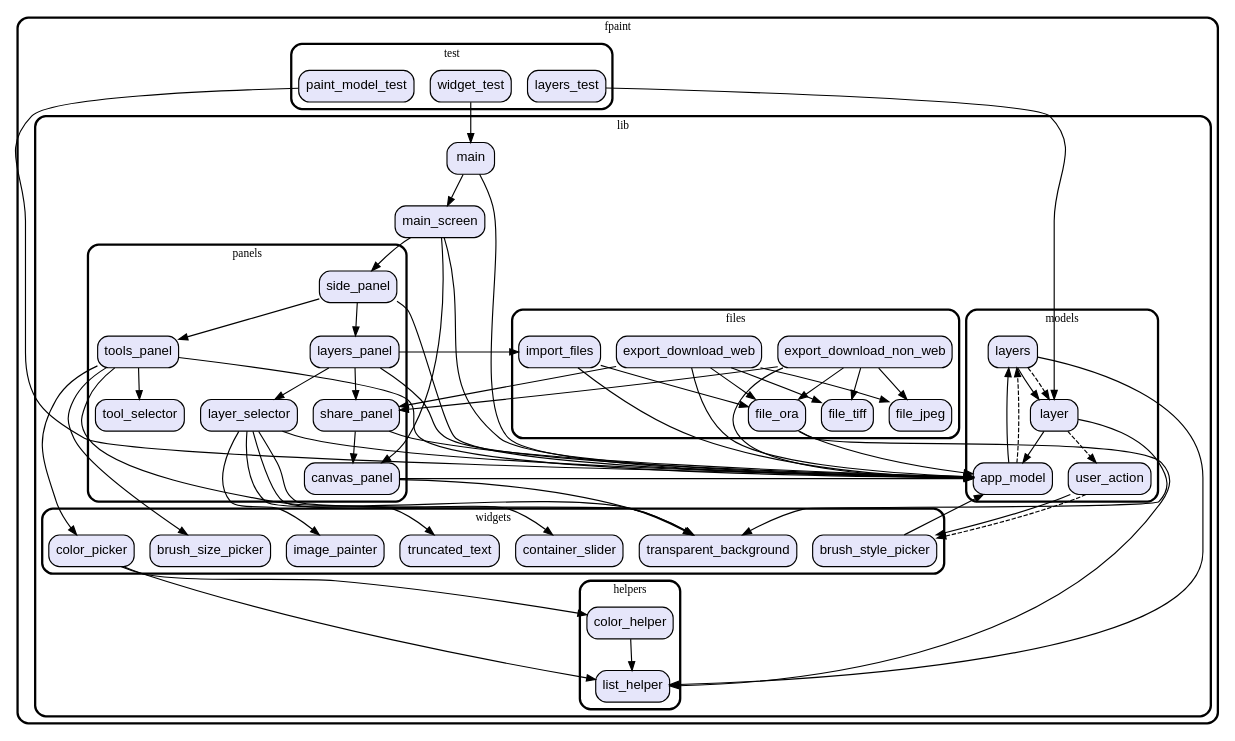
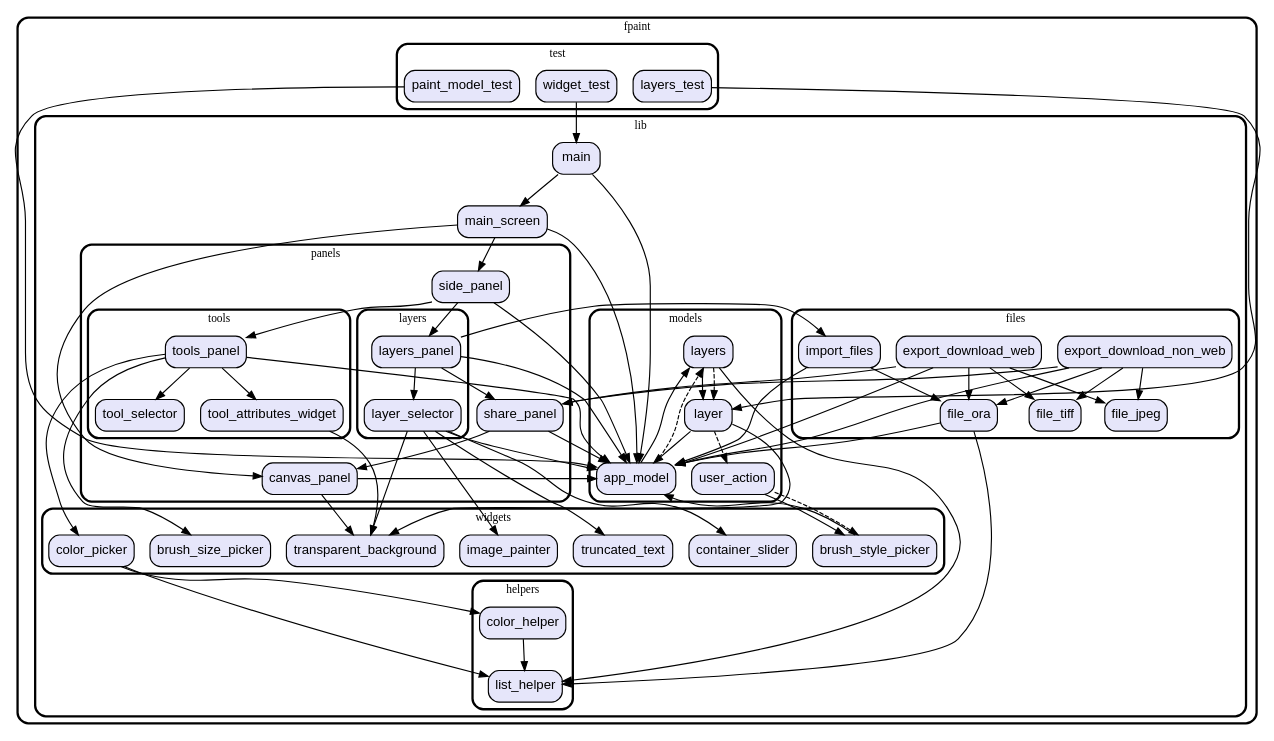
One commit to vteam-com/fPaint changed the diagram in graph.dot. Above: the diagram before and after it, drawn with Graphviz. The commit also changed 8 other files, not shown here.

Commit message:
refactor tool_attribute_widget

```diff
--- a/graph.dot
+++ b/graph.dot
@@ -1,148 +1,157 @@
 digraph "" {
   graph [style=rounded fontname="Arial Black" fontsize=13 penwidth=2.6];
   node [shape=rect style="filled,rounded" fontname=Arial fontsize=15 fillcolor=Lavender penwidth=1.3];
   edge [penwidth=1.3];
   "/test/paint_model_test.dart" [label="paint_model_test"];
   "/test/widget_test.dart" [label="widget_test"];
   "/test/layers_test.dart" [label="layers_test"];
-  "/lib/panels/tool_selector.dart" [label="tool_selector"];
+  "/lib/panels/tools/tool_selector.dart" [label="tool_selector"];
+  "/lib/panels/tools/tools_panel.dart" [label="tools_panel"];
+  "/lib/panels/tools/tool_attributes_widget.dart" [label="tool_attributes_widget"];
   "/lib/panels/canvas_panel.dart" [label="canvas_panel"];
-  "/lib/panels/layer_selector.dart" [label="layer_selector"];
+  "/lib/panels/layers/layer_selector.dart" [label="layer_selector"];
+  "/lib/panels/layers/layers_panel.dart" [label="layers_panel"];
   "/lib/panels/side_panel.dart" [label="side_panel"];
   "/lib/panels/share_panel.dart" [label="share_panel"];
-  "/lib/panels/tools_panel.dart" [label="tools_panel"];
-  "/lib/panels/layers_panel.dart" [label="layers_panel"];
   "/lib/models/layers.dart" [label="layers"];
   "/lib/models/user_action.dart" [label="user_action"];
   "/lib/models/app_model.dart" [label="app_model"];
   "/lib/models/layer.dart" [label="layer"];
   "/lib/main.dart" [label="main"];
   "/lib/files/file_jpeg.dart" [label="file_jpeg"];
   "/lib/files/export_download_web.dart" [label="export_download_web"];
   "/lib/files/file_ora.dart" [label="file_ora"];
   "/lib/files/export_download_non_web.dart" [label="export_download_non_web"];
   "/lib/files/import_files.dart" [label="import_files"];
   "/lib/files/file_tiff.dart" [label="file_tiff"];
   "/lib/main_screen.dart" [label="main_screen"];
   "/lib/helpers/list_helper.dart" [label="list_helper"];
   "/lib/helpers/color_helper.dart" [label="color_helper"];
   "/lib/widgets/truncated_text.dart" [label="truncated_text"];
   "/lib/widgets/container_slider.dart" [label="container_slider"];
   "/lib/widgets/brush_size_picker.dart" [label="brush_size_picker"];
   "/lib/widgets/transparent_background.dart" [label="transparent_background"];
   "/lib/widgets/image_painter.dart" [label="image_painter"];
   "/lib/widgets/brush_style_picker.dart" [label="brush_style_picker"];
   "/lib/widgets/color_picker.dart" [label="color_picker"];
   subgraph "cluster~" {
     label="fpaint";
     subgraph "cluster~/test" {
       label="test";
       "/test/paint_model_test.dart";
       "/test/widget_test.dart";
       "/test/layers_test.dart";
     }
     subgraph "cluster~/lib" {
       label="lib";
       "/lib/main.dart";
       "/lib/main_screen.dart";
       subgraph "cluster~/lib/panels" {
         label="panels";
-        "/lib/panels/tool_selector.dart";
         "/lib/panels/canvas_panel.dart";
-        "/lib/panels/layer_selector.dart";
         "/lib/panels/side_panel.dart";
         "/lib/panels/share_panel.dart";
-        "/lib/panels/tools_panel.dart";
-        "/lib/panels/layers_panel.dart";
+        subgraph "cluster~/lib/panels/tools" {
+          label="tools";
+          "/lib/panels/tools/tool_selector.dart";
+          "/lib/panels/tools/tools_panel.dart";
+          "/lib/panels/tools/tool_attributes_widget.dart";
+        }
+        subgraph "cluster~/lib/panels/layers" {
+          label="layers";
+          "/lib/panels/layers/layer_selector.dart";
+          "/lib/panels/layers/layers_panel.dart";
+        }
       }
       subgraph "cluster~/lib/models" {
         label="models";
         "/lib/models/layers.dart";
         "/lib/models/user_action.dart";
         "/lib/models/app_model.dart";
         "/lib/models/layer.dart";
       }
       subgraph "cluster~/lib/files" {
         label="files";
         "/lib/files/file_jpeg.dart";
         "/lib/files/export_download_web.dart";
         "/lib/files/file_ora.dart";
         "/lib/files/export_download_non_web.dart";
         "/lib/files/import_files.dart";
         "/lib/files/file_tiff.dart";
       }
       subgraph "cluster~/lib/helpers" {
         label="helpers";
         "/lib/helpers/list_helper.dart";
         "/lib/helpers/color_helper.dart";
       }
       subgraph "cluster~/lib/widgets" {
         label="widgets";
         "/lib/widgets/truncated_text.dart";
         "/lib/widgets/container_slider.dart";
         "/lib/widgets/brush_size_picker.dart";
         "/lib/widgets/transparent_background.dart";
         "/lib/widgets/image_painter.dart";
         "/lib/widgets/brush_style_picker.dart";
         "/lib/widgets/color_picker.dart";
       }
     }
   }
   "/test/paint_model_test.dart" -> "/lib/models/app_model.dart";
   "/test/widget_test.dart" -> "/lib/main.dart";
   "/test/layers_test.dart" -> "/lib/models/layer.dart";
+  "/lib/panels/tools/tools_panel.dart" -> "/lib/models/app_model.dart";
+  "/lib/panels/tools/tools_panel.dart" -> "/lib/panels/tools/tool_attributes_widget.dart";
+  "/lib/panels/tools/tools_panel.dart" -> "/lib/panels/tools/tool_selector.dart";
+  "/lib/panels/tools/tools_panel.dart" -> "/lib/widgets/brush_size_picker.dart";
+  "/lib/panels/tools/tools_panel.dart" -> "/lib/widgets/color_picker.dart";
+  "/lib/panels/tools/tool_attributes_widget.dart" -> "/lib/widgets/transparent_background.dart";
   "/lib/panels/canvas_panel.dart" -> "/lib/models/app_model.dart";
   "/lib/panels/canvas_panel.dart" -> "/lib/widgets/transparent_background.dart";
-  "/lib/panels/layer_selector.dart" -> "/lib/models/app_model.dart";
-  "/lib/panels/layer_selector.dart" -> "/lib/widgets/container_slider.dart";
-  "/lib/panels/layer_selector.dart" -> "/lib/widgets/image_painter.dart";
-  "/lib/panels/layer_selector.dart" -> "/lib/widgets/transparent_background.dart";
-  "/lib/panels/layer_selector.dart" -> "/lib/widgets/truncated_text.dart";
+  "/lib/panels/layers/layer_selector.dart" -> "/lib/models/app_model.dart";
+  "/lib/panels/layers/layer_selector.dart" -> "/lib/widgets/container_slider.dart";
+  "/lib/panels/layers/layer_selector.dart" -> "/lib/widgets/image_painter.dart";
+  "/lib/panels/layers/layer_selector.dart" -> "/lib/widgets/transparent_background.dart";
+  "/lib/panels/layers/layer_selector.dart" -> "/lib/widgets/truncated_text.dart";
+  "/lib/panels/layers/layers_panel.dart" -> "/lib/files/import_files.dart";
+  "/lib/panels/layers/layers_panel.dart" -> "/lib/models/app_model.dart";
+  "/lib/panels/layers/layers_panel.dart" -> "/lib/panels/layers/layer_selector.dart";
+  "/lib/panels/layers/layers_panel.dart" -> "/lib/panels/share_panel.dart";
   "/lib/panels/side_panel.dart" -> "/lib/models/app_model.dart";
-  "/lib/panels/side_panel.dart" -> "/lib/panels/layers_panel.dart";
-  "/lib/panels/side_panel.dart" -> "/lib/panels/tools_panel.dart";
+  "/lib/panels/side_panel.dart" -> "/lib/panels/layers/layers_panel.dart";
+  "/lib/panels/side_panel.dart" -> "/lib/panels/tools/tools_panel.dart";
   "/lib/panels/share_panel.dart" -> "/lib/models/app_model.dart";
   "/lib/panels/share_panel.dart" -> "/lib/panels/canvas_panel.dart";
-  "/lib/panels/tools_panel.dart" -> "/lib/models/app_model.dart";
-  "/lib/panels/tools_panel.dart" -> "/lib/panels/tool_selector.dart";
-  "/lib/panels/tools_panel.dart" -> "/lib/widgets/brush_size_picker.dart";
-  "/lib/panels/tools_panel.dart" -> "/lib/widgets/color_picker.dart";
-  "/lib/panels/tools_panel.dart" -> "/lib/widgets/transparent_background.dart";
-  "/lib/panels/layers_panel.dart" -> "/lib/files/import_files.dart";
-  "/lib/panels/layers_panel.dart" -> "/lib/models/app_model.dart";
-  "/lib/panels/layers_panel.dart" -> "/lib/panels/layer_selector.dart";
-  "/lib/panels/layers_panel.dart" -> "/lib/panels/share_panel.dart";
   "/lib/models/layers.dart" -> "/lib/helpers/list_helper.dart";
   "/lib/models/layers.dart" -> "/lib/models/layer.dart";
   "/lib/models/layers.dart" -> "/lib/models/layer.dart" [style=dashed];
   "/lib/models/user_action.dart" -> "/lib/widgets/brush_style_picker.dart";
   "/lib/models/user_action.dart" -> "/lib/widgets/brush_style_picker.dart" [style=dashed];
   "/lib/models/app_model.dart" -> "/lib/models/layers.dart";
   "/lib/models/app_model.dart" -> "/lib/models/layers.dart" [style=dashed];
   "/lib/models/layer.dart" -> "/lib/models/app_model.dart";
   "/lib/models/layer.dart" -> "/lib/widgets/transparent_background.dart";
   "/lib/models/layer.dart" -> "/lib/models/user_action.dart" [style=dashed];
   "/lib/main.dart" -> "/lib/main_screen.dart";
   "/lib/main.dart" -> "/lib/models/app_model.dart";
   "/lib/files/export_download_web.dart" -> "/lib/files/file_jpeg.dart";
   "/lib/files/export_download_web.dart" -> "/lib/files/file_ora.dart";
   "/lib/files/export_download_web.dart" -> "/lib/files/file_tiff.dart";
   "/lib/files/export_download_web.dart" -> "/lib/models/app_model.dart";
   "/lib/files/export_download_web.dart" -> "/lib/panels/share_panel.dart";
   "/lib/files/file_ora.dart" -> "/lib/helpers/list_helper.dart";
   "/lib/files/file_ora.dart" -> "/lib/models/app_model.dart";
   "/lib/files/export_download_non_web.dart" -> "/lib/files/file_jpeg.dart";
   "/lib/files/export_download_non_web.dart" -> "/lib/files/file_ora.dart";
   "/lib/files/export_download_non_web.dart" -> "/lib/files/file_tiff.dart";
   "/lib/files/export_download_non_web.dart" -> "/lib/models/app_model.dart";
   "/lib/files/export_download_non_web.dart" -> "/lib/panels/share_panel.dart";
   "/lib/files/import_files.dart" -> "/lib/files/file_ora.dart";
   "/lib/files/import_files.dart" -> "/lib/models/app_model.dart";
   "/lib/main_screen.dart" -> "/lib/panels/canvas_panel.dart";
   "/lib/main_screen.dart" -> "/lib/panels/side_panel.dart";
   "/lib/main_screen.dart" -> "/lib/models/app_model.dart";
   "/lib/helpers/color_helper.dart" -> "/lib/helpers/list_helper.dart";
   "/lib/widgets/brush_style_picker.dart" -> "/lib/models/app_model.dart";
   "/lib/widgets/color_picker.dart" -> "/lib/helpers/color_helper.dart";
   "/lib/widgets/color_picker.dart" -> "/lib/helpers/list_helper.dart";
 }
```
